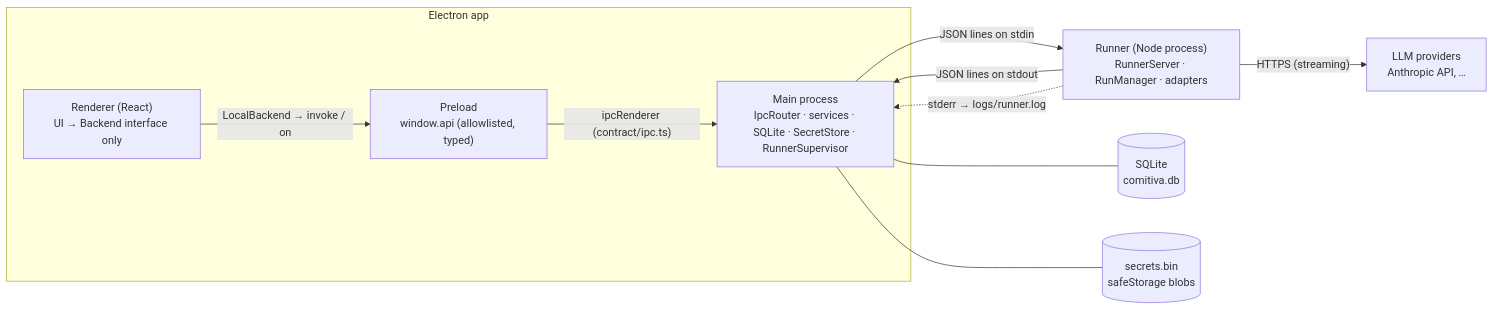
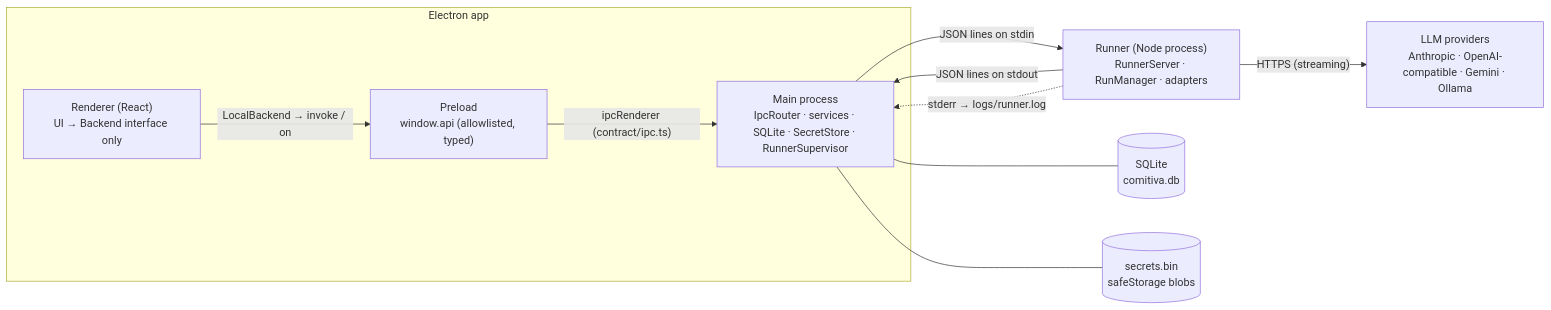
Before and after one commit to comitiva-dev/comitiva: the diagram in docs/architecture.md, drawn with Mermaid. The commit also changed other lines of this file and 6 other files, not shown here.

First line of the commit message:
docs: Phase 1 status, providers guide, and sync design/architecture/SPEC

````diff
--- a/docs/architecture.md
+++ b/docs/architecture.md
@@ -7,21 +7,21 @@
 ```mermaid
 flowchart LR
   subgraph Electron app
     R["Renderer (React)<br/>UI → Backend interface only"]
     P["Preload<br/>window.api (allowlisted, typed)"]
     M["Main process<br/>IpcRouter · services · SQLite · SecretStore · RunnerSupervisor"]
   end
   RN["Runner (Node process)<br/>RunnerServer · RunManager · adapters"]
   DB[("SQLite<br/>comitiva.db")]
   S[("secrets.bin<br/>safeStorage blobs")]
-  LLM["LLM providers<br/>Anthropic API, …"]
+  LLM["LLM providers<br/>Anthropic · OpenAI-compatible · Gemini · Ollama"]
 
   R -- "LocalBackend → invoke / on" --> P
   P -- "ipcRenderer (contract/ipc.ts)" --> M
   M -- "JSON lines on stdin" --> RN
   RN -- "JSON lines on stdout" --> M
   RN -. "stderr → logs/runner.log" .-> M
   M --- DB
   M --- S
   RN -- "HTTPS (streaming)" --> LLM
 ```
````
